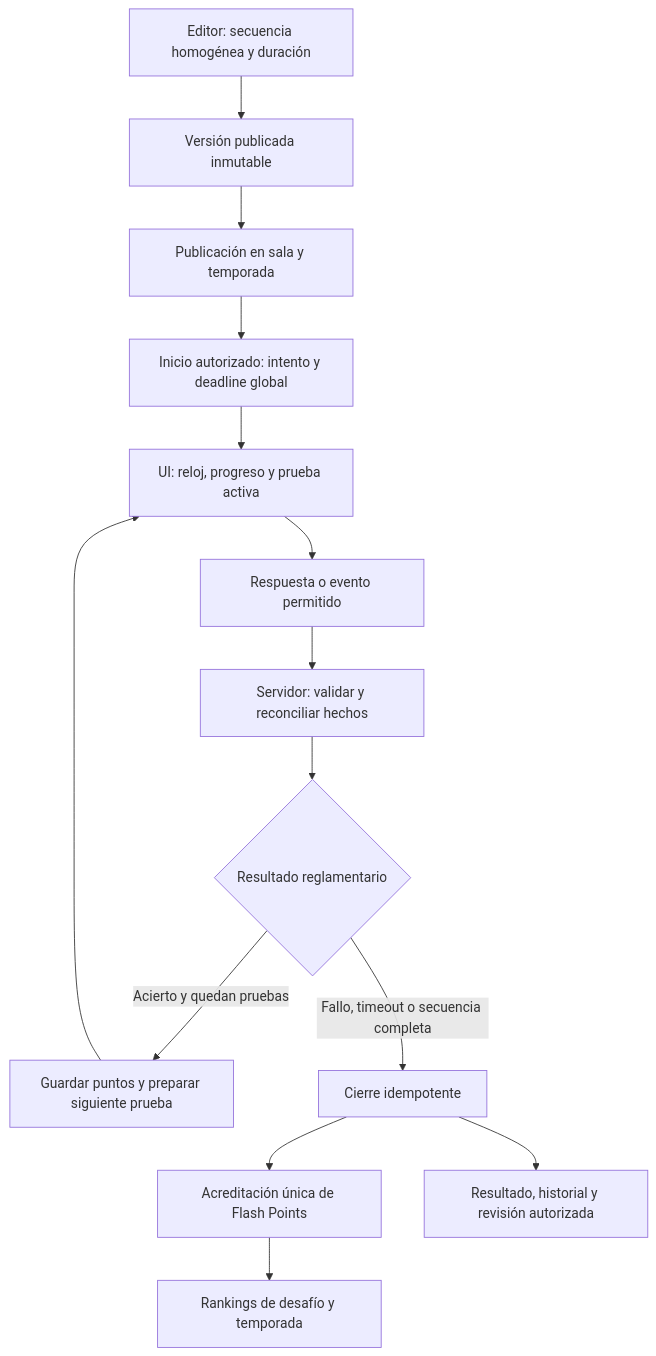
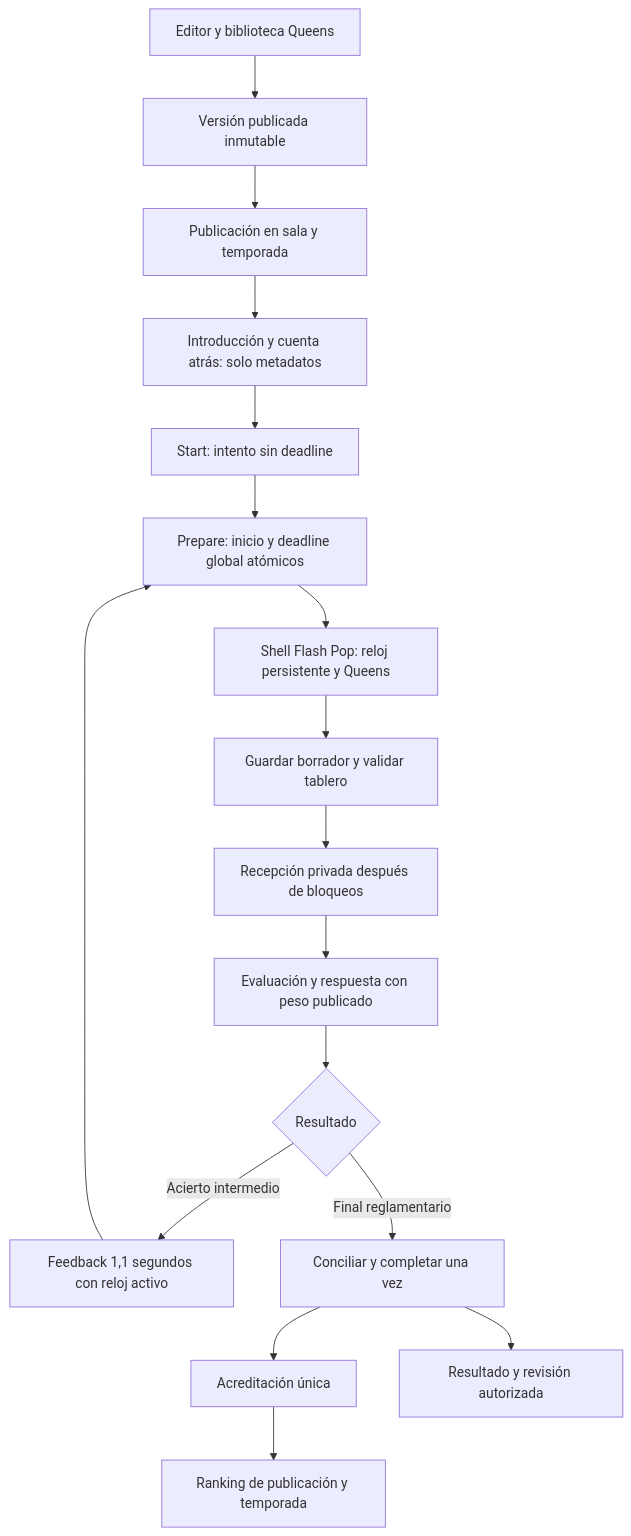
The diagram in docs/current/domain/contrarreloj.md (josemn24/the-flash-game), drawn with Mermaid before and after one commit. The commit also changed other lines of this file and 112 other files, not shown here.

````diff
--- a/docs/current/domain/contrarreloj.md
+++ b/docs/current/domain/contrarreloj.md
@@ -172,16 +91,19 @@
 ```mermaid
 flowchart TD
-  Editor[Editor: secuencia homogénea y duración] --> Version[Versión publicada inmutable]
+  Editor[Editor y biblioteca Queens] --> Version[Versión publicada inmutable]
   Version --> Publicacion[Publicación en sala y temporada]
-  Publicacion --> Inicio[Inicio autorizado: intento y deadline global]
-  Inicio --> UI[UI: reloj, progreso y prueba activa]
-  UI --> Comando[Respuesta o evento permitido]
-  Comando --> Servidor[Servidor: validar y reconciliar hechos]
-  Servidor --> Decision{Resultado reglamentario}
-  Decision -->|Acierto y quedan pruebas| Avance[Guardar puntos y preparar siguiente prueba]
-  Avance --> UI
-  Decision -->|Fallo, timeout o secuencia completa| Cierre[Cierre idempotente]
-  Cierre --> Ledger[Acreditación única de Flash Points]
-  Ledger --> Rankings[Rankings de desafío y temporada]
-  Cierre --> Historial[Resultado, historial y revisión autorizada]
+  Publicacion --> Intro[Introducción y cuenta atrás: solo metadatos]
+  Intro --> Start[Start: intento sin deadline]
+  Start --> Prepare[Prepare: inicio y deadline global atómicos]
+  Prepare --> UI[Shell Flash Pop: reloj persistente y Queens]
+  UI --> Validacion[Guardar borrador y validar tablero]
+  Validacion --> Recepcion[Recepción privada después de bloqueos]
+  Recepcion --> Evaluacion[Evaluación y respuesta con peso publicado]
+  Evaluacion --> Decision{Resultado}
+  Decision -->|Acierto intermedio| Transicion[Feedback 1,1 segundos con reloj activo]
+  Transicion --> Prepare
+  Decision -->|Final reglamentario| Cierre[Conciliar y completar una vez]
+  Cierre --> Ledger[Acreditación única]
+  Ledger --> Rankings[Ranking de publicación y temporada]
+  Cierre --> Revision[Resultado y revisión autorizada]
 ```
````
